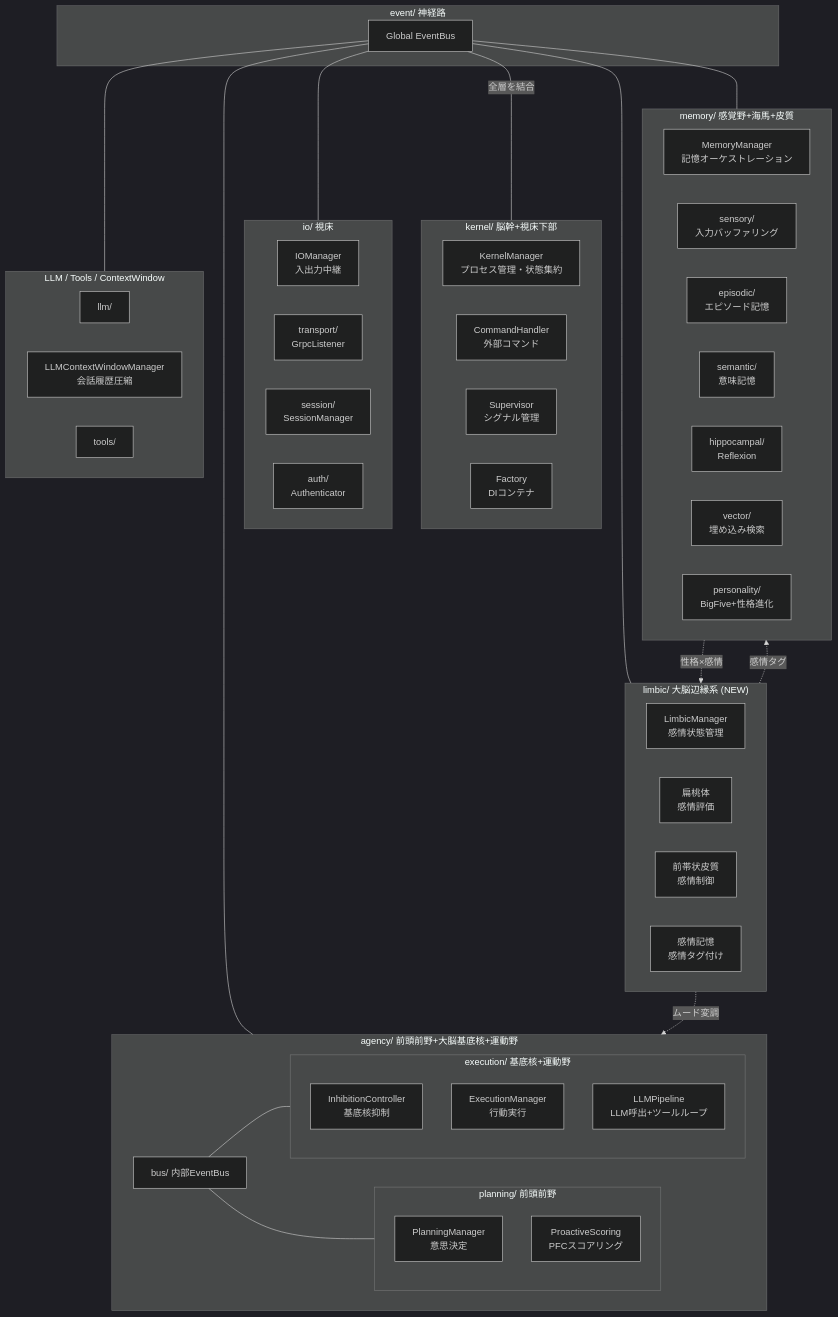
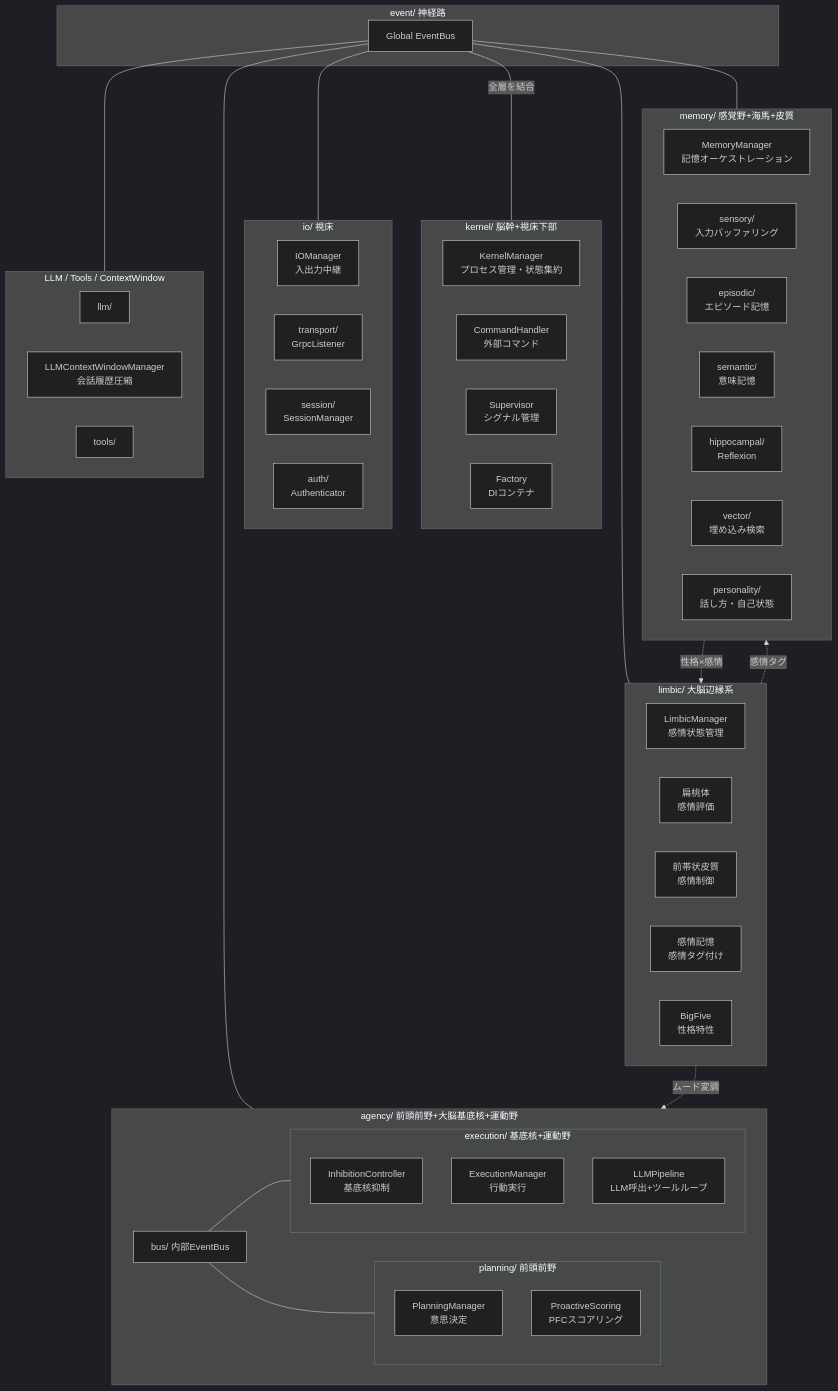
The first of 4 diagrams in docs/architecture.md (ibukani/iris-mind), drawn with Mermaid (dark theme) before and after one commit. The commit also changed other lines of this file and 8 other files, not shown here.

First line of the commit message:
move: BigFiveProfile を memory/personality/ から limbic/ へ移動

````diff
--- a/docs/architecture.md
+++ b/docs/architecture.md
@@ -9,72 +9,73 @@
 ```mermaid
 flowchart TD
     subgraph Kernel["kernel/ 脳幹+視床下部"]
         K_Manager["KernelManager<br/>プロセス管理・状態集約"]
         K_Command["CommandHandler<br/>外部コマンド"]
         K_Supervisor["Supervisor<br/>シグナル管理"]
         K_Factory["Factory<br/>DIコンテナ"]
     end
 
     subgraph IO["io/ 視床"]
         IO_Manager["IOManager<br/>入出力中継"]
         IO_Trans["transport/<br/>GrpcListener"]
         IO_Session["session/<br/>SessionManager"]
         IO_Auth["auth/<br/>Authenticator"]
     end
 
-    subgraph Limbic["limbic/ 大脳辺縁系 (NEW)"]
+    subgraph Limbic["limbic/ 大脳辺縁系"]
         L_Manager["LimbicManager<br/>感情状態管理"]
         L_Amygdala["扁桃体<br/>感情評価"]
         L_ACC["前帯状皮質<br/>感情制御"]
         L_EM["感情記憶<br/>感情タグ付け"]
+        L_BF["BigFive<br/>性格特性"]
     end
 
     subgraph Memory["memory/ 感覚野+海馬+皮質"]
         M_Manager["MemoryManager<br/>記憶オーケストレーション"]
         M_Sensory["sensory/<br/>入力バッファリング"]
         M_Episodic["episodic/<br/>エピソード記憶"]
         M_Semantic["semantic/<br/>意味記憶"]
         M_Hippocampal["hippocampal/<br/>Reflexion"]
         M_Vector["vector/<br/>埋め込み検索"]
-        M_BigFive["personality/<br/>BigFive+性格進化"]
+        M_Personality["personality/<br/>話し方・自己状態"]
     end
 
     subgraph Agency["agency/ 前頭前野+大脳基底核+運動野"]
         A_Bus["bus/ 内部EventBus"]
 
         subgraph Planning["planning/ 前頭前野"]
             P_Manager["PlanningManager<br/>意思決定"]
             P_Scoring["ProactiveScoring<br/>PFCスコアリング"]
         end
 
         subgraph Execution["execution/ 基底核+運動野"]
             INH["InhibitionController<br/>基底核抑制"]
             E_Manager["ExecutionManager<br/>行動実行"]
             E_LLM["LLMPipeline<br/>LLM呼出+ツールループ"]
         end
     end
 
     subgraph Infra["LLM / Tools / ContextWindow"]
         I_LLM["llm/"]
         I_CW["LLMContextWindowManager<br/>会話履歴圧縮"]
         I_TOOLS["tools/"]
     end
 
     subgraph Event["event/ 神経路"]
         EB["Global EventBus"]
     end
 
     EB ---|全層を結合| Kernel
     EB --- IO
     EB --- Limbic
     EB --- Memory
     EB --- Agency
     EB --- Infra
 
     A_Bus --- Planning
     A_Bus --- Execution
 
     Limbic -.->|感情タグ| Memory
     Limbic -.->|ムード変調| Agency
     Memory -.->|性格×感情| Limbic
 ```
````
